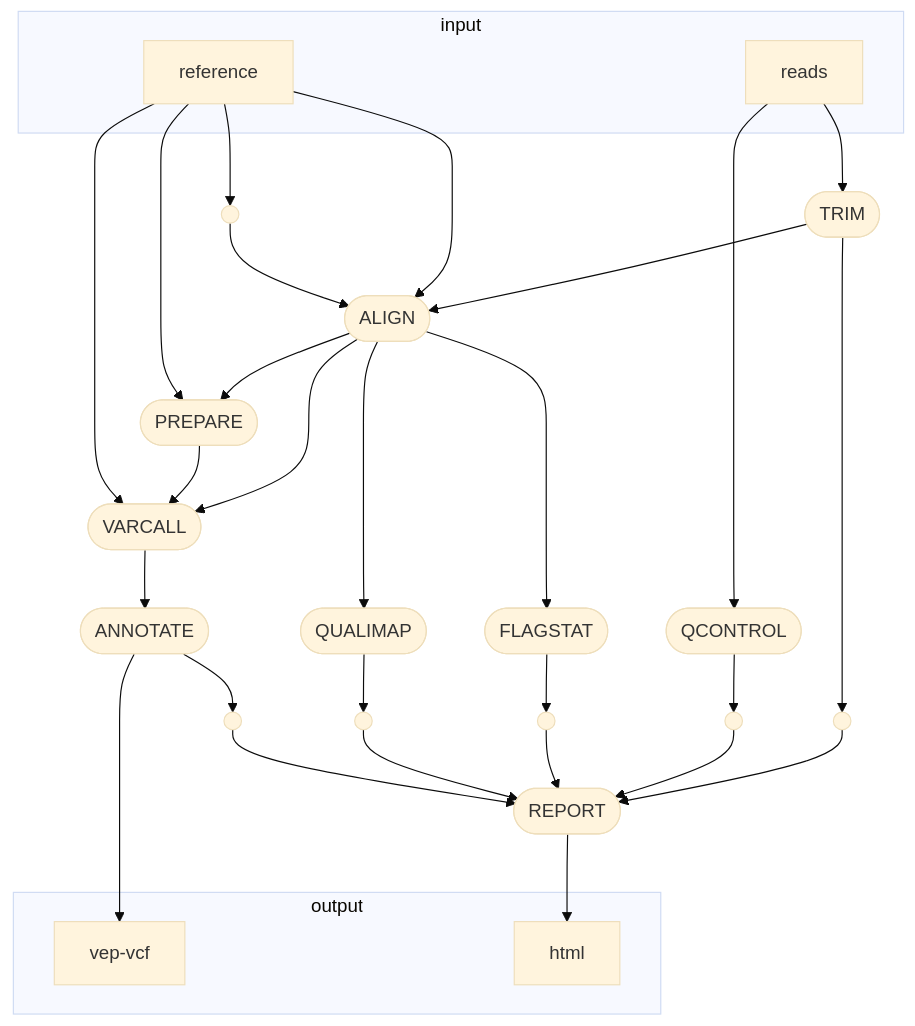
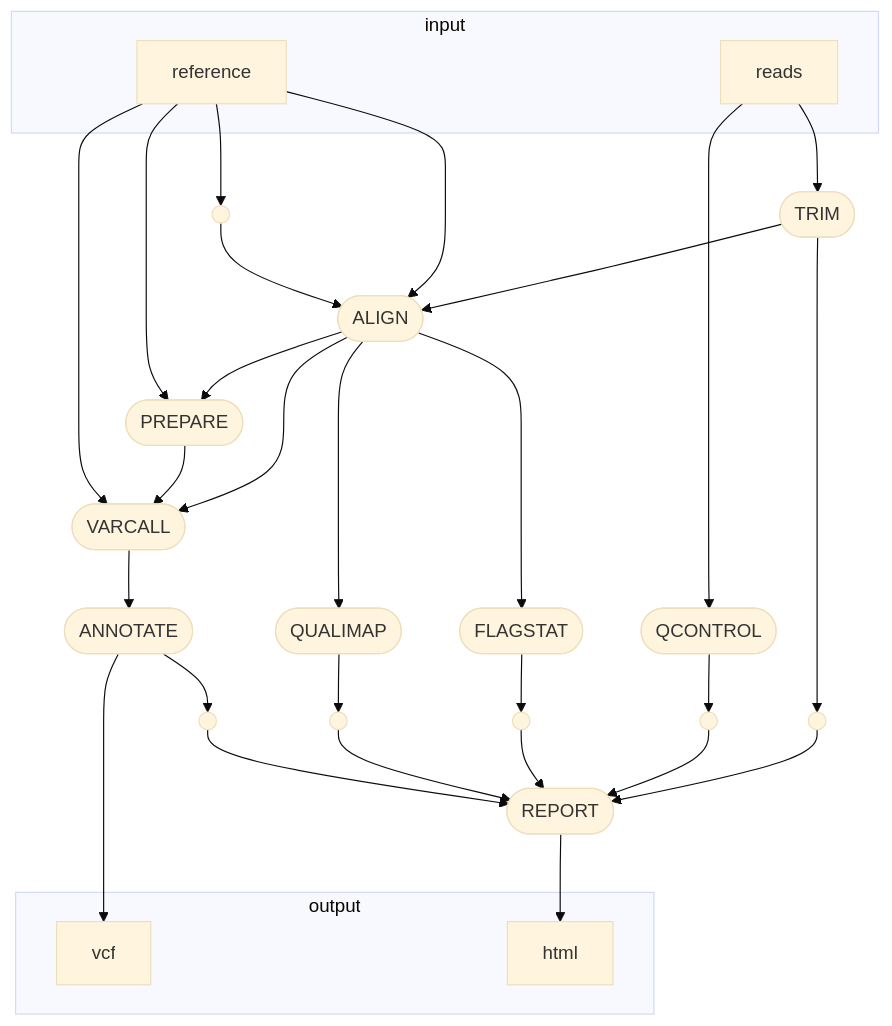
The diagram in README.md (glebus-sasha/deepvariant_nf), drawn with Mermaid before and after one commit.

````diff
--- a/README.md
+++ b/README.md
@@ -5,53 +5,53 @@
 ```mermaid
 %%{init: {'theme':'base'}}%%
 flowchart TB
     subgraph "input"
     v0["reads"]
     v1["reference"]
     end
     v3([QCONTROL])
     subgraph "output"
-    v18["vep-vcf"]
+    v18["vcf"]
     v25["html"]
     end
     v5([TRIM])
     v8([ALIGN])
     v9([FLAGSTAT])
     v10([QUALIMAP])
     v12([PREPARE])
     v14([VARCALL])
     v17([ANNOTATE])
     v24([REPORT])
     v2(( ))
     v19(( ))
     v20(( ))
     v21(( ))
     v22(( ))
     v23(( ))
     v0 --> v3
     v0 --> v5
     v1 --> v2
     v3 --> v20
     v5 --> v8
     v5 --> v19
     v1 --> v8
     v2 --> v8
     v8 --> v9
     v8 --> v10
     v8 --> v12
     v8 --> v14
     v9 --> v21
     v10 --> v22
     v1 --> v12
     v12 --> v14
     v1 --> v14
     v14 --> v17
     v17 --> v18
     v17 --> v23
     v19 --> v24
     v20 --> v24
     v21 --> v24
     v22 --> v24
     v23 --> v24
     v24 --> v25
 ```
````
